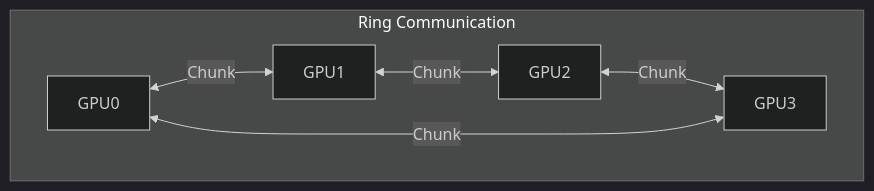
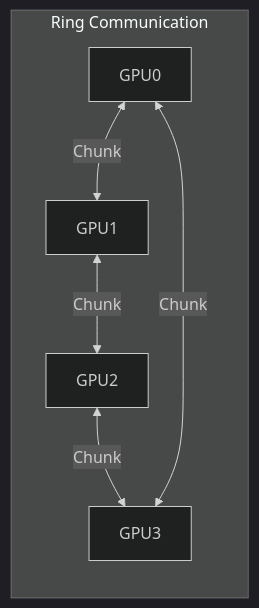
One commit to devadigapratham/prathameshdevadiga changed the fourth of 8 diagrams in content/posts/distributedtraining.md. Above: the diagram before and after it, drawn with Mermaid. The commit also changed other lines of this file, not shown here.

```diff
--- a/content/posts/distributedtraining.md
+++ b/content/posts/distributedtraining.md
@@ -153,10 +153,10 @@
 {{<mermaid>}}
 %%{init: {'theme': 'dark'}}%%
-graph TD
+graph LR
     subgraph Ring Communication
         GPU0 <-->|Chunk| GPU1
         GPU1 <-->|Chunk| GPU2
         GPU2 <-->|Chunk| GPU3
         GPU3 <-->|Chunk| GPU0
     end
 {{</mermaid>}}
```
